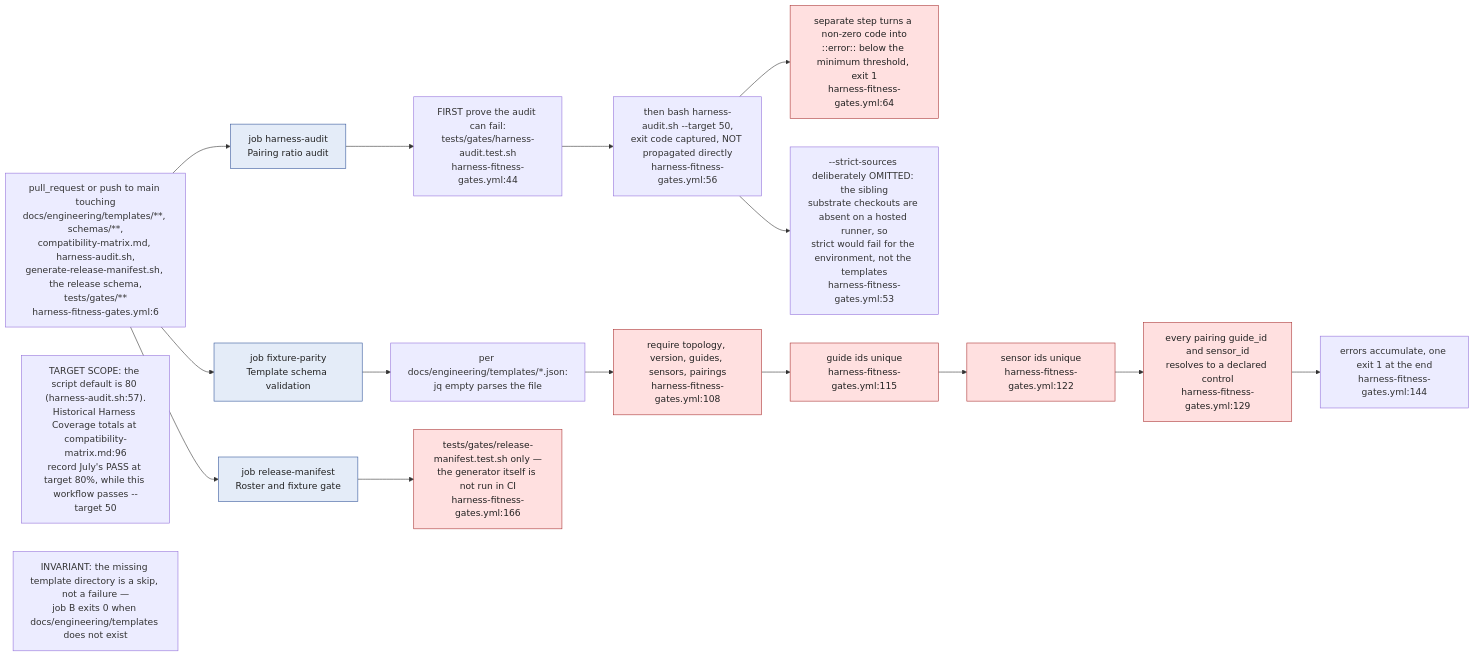
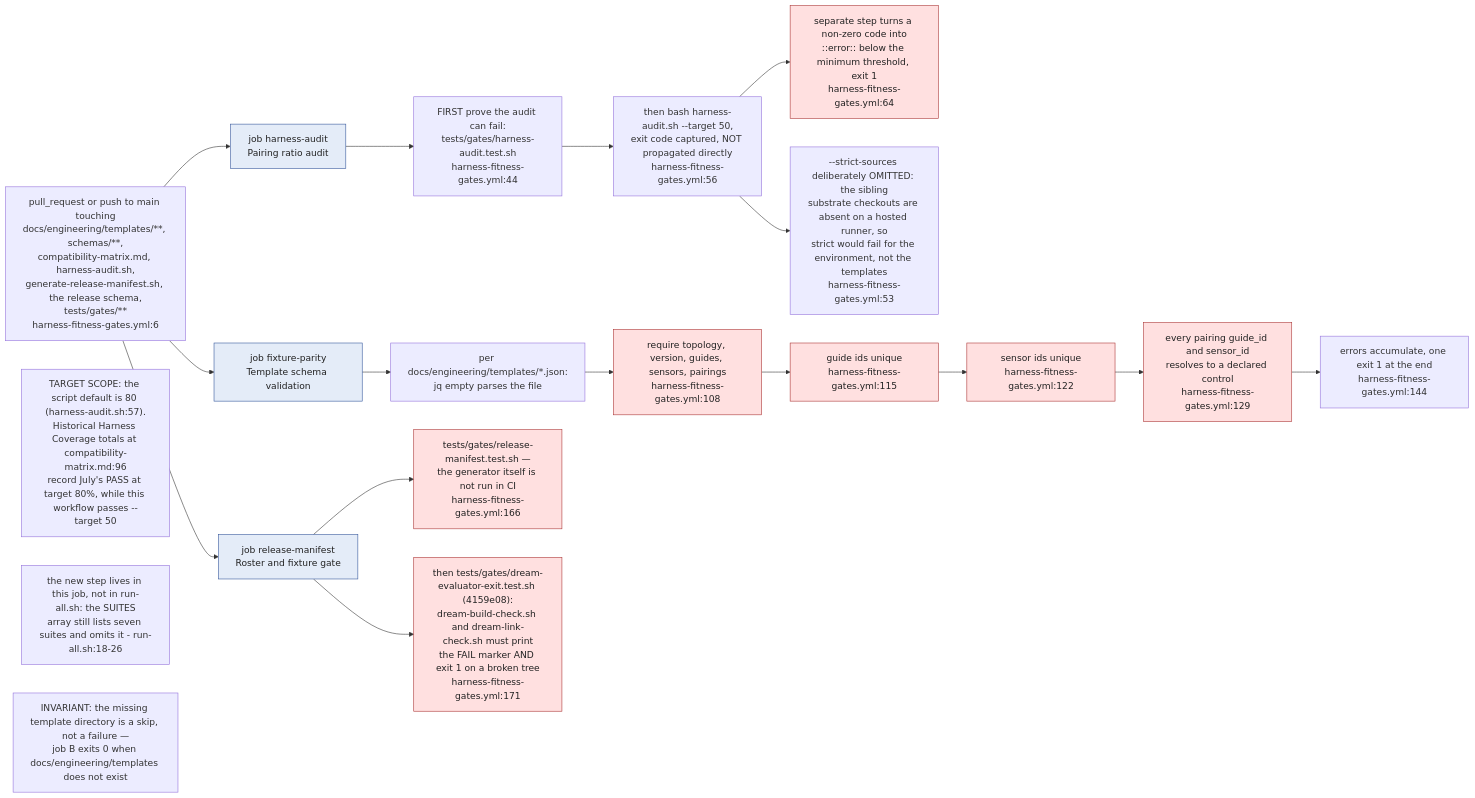
Before and after one commit to DreamLab-AI/VisionFlow: the seventh of 12 diagrams in docs/diagrams/visionflow/05-governance-gates.md, drawn with Mermaid. The commit also changed other lines of this file and 20 other files, not shown here.

Commit message:
docs(diagrams): reflect the S-3, S-7c/d/f and S-4(3) fixes in the corpus

````diff
--- a/docs/diagrams/visionflow/05-governance-gates.md
+++ b/docs/diagrams/visionflow/05-governance-gates.md
@@ -327,28 +328,30 @@
 ```mermaid
 flowchart LR
     classDef job fill:#e4ecf8,stroke:#33559a,color:#222
     classDef block fill:#ffe0e0,stroke:#aa3333,color:#222
 
     TRIG["pull_request or push to main touching<br/>docs/engineering/templates/**, schemas/**,<br/>compatibility-matrix.md, harness-audit.sh,<br/>generate-release-manifest.sh, the release schema,<br/>tests/gates/**<br/>harness-fitness-gates.yml:6"]
 
     TRIG --> A["job harness-audit<br/>Pairing ratio audit"]:::job
     TRIG --> B["job fixture-parity<br/>Template schema validation"]:::job
     TRIG --> C["job release-manifest<br/>Roster and fixture gate"]:::job
 
     A --> A1["FIRST prove the audit can fail:<br/>tests/gates/harness-audit.test.sh<br/>harness-fitness-gates.yml:44"]
     A1 --> A2["then bash harness-audit.sh --target 50,<br/>exit code captured, NOT propagated directly<br/>harness-fitness-gates.yml:56"]
     A2 --> A3["separate step turns a non-zero code into<br/>::error:: below the minimum threshold, exit 1<br/>harness-fitness-gates.yml:64"]:::block
     A2 --> A4["--strict-sources deliberately OMITTED: the sibling<br/>substrate checkouts are absent on a hosted runner, so<br/>strict would fail for the environment, not the templates<br/>harness-fitness-gates.yml:53"]
 
     B --> B1["per docs/engineering/templates/*.json:<br/>jq empty parses the file"]
     B1 --> B2["require topology, version, guides, sensors, pairings<br/>harness-fitness-gates.yml:108"]:::block
     B2 --> B3["guide ids unique<br/>harness-fitness-gates.yml:115"]:::block
     B3 --> B4["sensor ids unique<br/>harness-fitness-gates.yml:122"]:::block
     B4 --> B5["every pairing guide_id and sensor_id<br/>resolves to a declared control<br/>harness-fitness-gates.yml:129"]:::block
     B5 --> B6["errors accumulate, one exit 1 at the end<br/>harness-fitness-gates.yml:144"]
 
-    C --> C1["tests/gates/release-manifest.test.sh only —<br/>the generator itself is not run in CI<br/>harness-fitness-gates.yml:166"]:::block
+    C --> C1["tests/gates/release-manifest.test.sh —<br/>the generator itself is not run in CI<br/>harness-fitness-gates.yml:166"]:::block
+    C --> C2["then tests/gates/dream-evaluator-exit.test.sh (4159e08):<br/>dream-build-check.sh and dream-link-check.sh must print<br/>the FAIL marker AND exit 1 on a broken tree<br/>harness-fitness-gates.yml:171"]:::block
 
     NOTE1["TARGET SCOPE: the script default is 80 (harness-audit.sh:57).<br/>Historical Harness Coverage totals at compatibility-matrix.md:96<br/>record July's PASS at target 80%, while this workflow passes --target 50"]
+    NOTE4["the new step lives in this job, not in run-all.sh: the SUITES<br/>array still lists seven suites and omits it - run-all.sh:18-26"]
     NOTE2["INVARIANT: the missing template directory is a skip, not a failure —<br/>job B exits 0 when docs/engineering/templates does not exist"]
 ```
````
